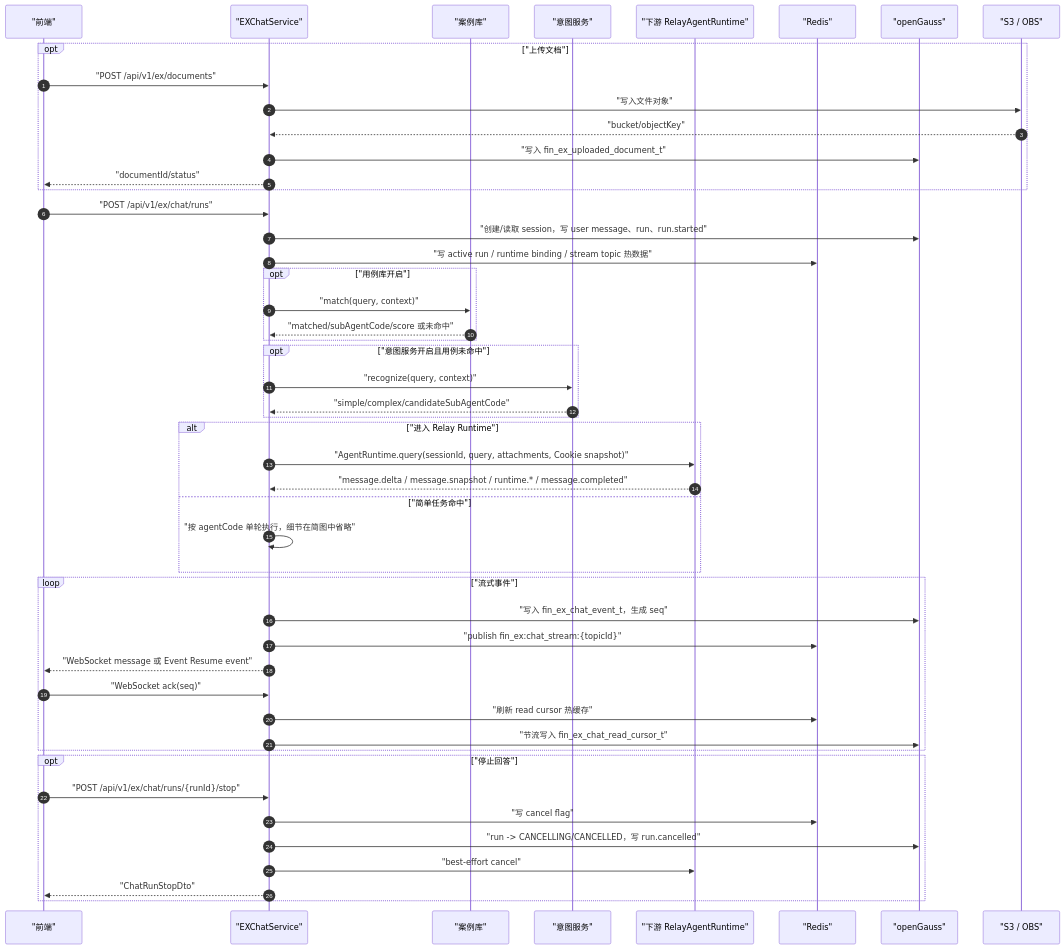
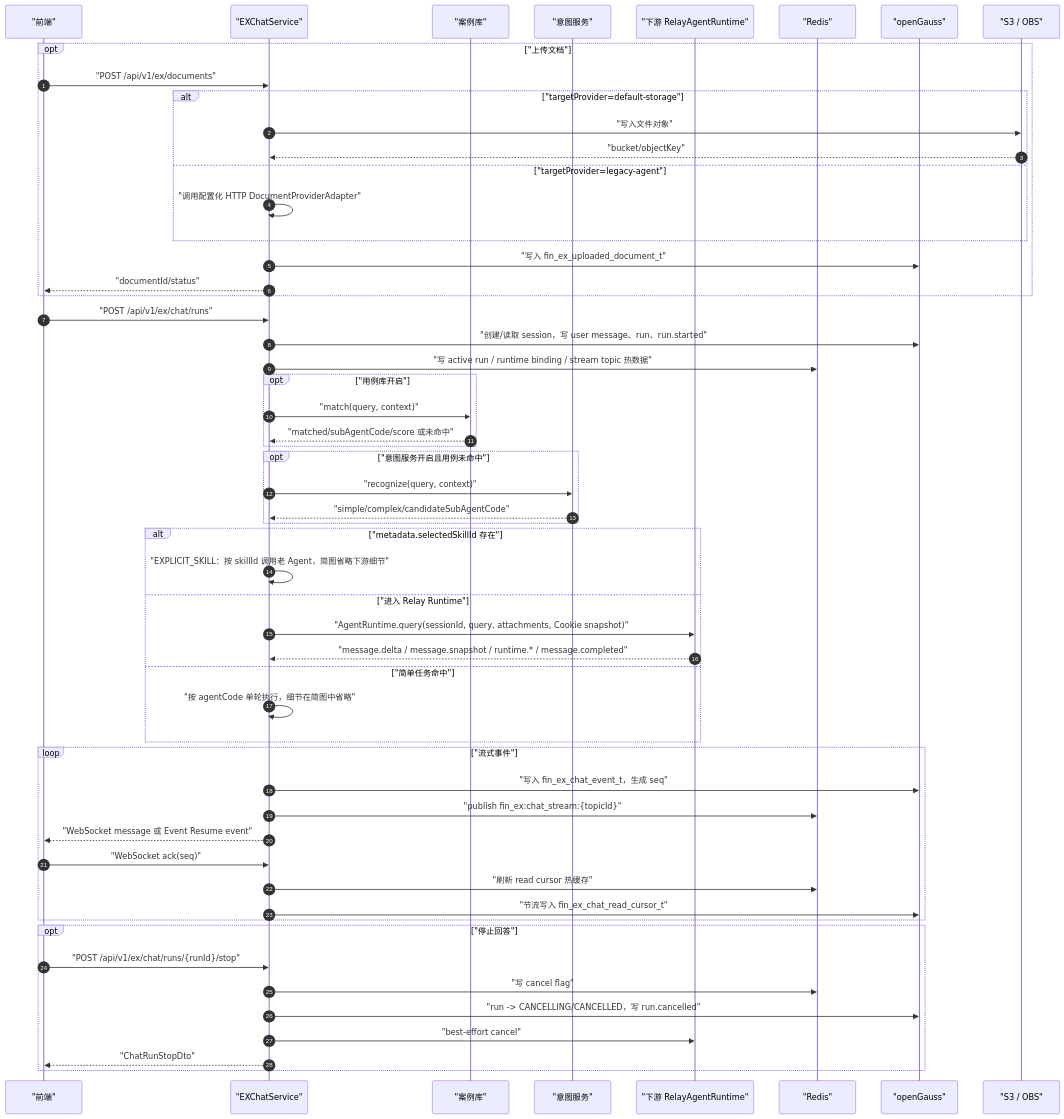
One commit to kunben-duck/exweb changed the third of 9 diagrams in docs/architecture/README.md. Above: the diagram before and after it, drawn with Mermaid. The commit also changed other lines of this file and 37 other files, not shown here.

Commit message:
feat: add legacy skill provider integration

````diff
--- a/docs/architecture/README.md
+++ b/docs/architecture/README.md
@@ -184,58 +194,64 @@
 ```mermaid
 sequenceDiagram
     autonumber
     participant Frontend as "前端"
     participant EX as "EXChatService"
     participant UseCase as "案例库"
     participant Intent as "意图服务"
     participant Relay as "下游 RelayAgentRuntime"
     participant Redis as "Redis"
     participant DB as "openGauss"
     participant S3 as "S3 / OBS"
 
     opt "上传文档"
         Frontend->>EX: "POST /api/v1/ex/documents"
-        EX->>S3: "写入文件对象"
-        S3-->>EX: "bucket/objectKey"
+        alt "targetProvider=default-storage"
+            EX->>S3: "写入文件对象"
+            S3-->>EX: "bucket/objectKey"
+        else "targetProvider=legacy-agent"
+            EX->>EX: "调用配置化 HTTP DocumentProviderAdapter"
+        end
         EX->>DB: "写入 fin_ex_uploaded_document_t"
         EX-->>Frontend: "documentId/status"
     end
 
     Frontend->>EX: "POST /api/v1/ex/chat/runs"
     EX->>DB: "创建/读取 session，写 user message、run、run.started"
     EX->>Redis: "写 active run / runtime binding / stream topic 热数据"
 
     opt "用例库开启"
         EX->>UseCase: "match(query, context)"
         UseCase-->>EX: "matched/subAgentCode/score 或未命中"
     end
 
     opt "意图服务开启且用例未命中"
         EX->>Intent: "recognize(query, context)"
         Intent-->>EX: "simple/complex/candidateSubAgentCode"
     end
 
-    alt "进入 Relay Runtime"
+    alt "metadata.selectedSkillId 存在"
+        EX->>EX: "EXPLICIT_SKILL：按 skillId 调用老 Agent，简图省略下游细节"
+    else "进入 Relay Runtime"
         EX->>Relay: "AgentRuntime.query(sessionId, query, attachments, Cookie snapshot)"
         Relay-->>EX: "message.delta / message.snapshot / runtime.* / message.completed"
     else "简单任务命中"
         EX->>EX: "按 agentCode 单轮执行，细节在简图中省略"
     end
 
     loop "流式事件"
         EX->>DB: "写入 fin_ex_chat_event_t，生成 seq"
         EX->>Redis: "publish fin_ex:chat_stream:{topicId}"
         EX-->>Frontend: "WebSocket message 或 Event Resume event"
         Frontend->>EX: "WebSocket ack(seq)"
         EX->>Redis: "刷新 read cursor 热缓存"
         EX->>DB: "节流写入 fin_ex_chat_read_cursor_t"
     end
 
     opt "停止回答"
         Frontend->>EX: "POST /api/v1/ex/chat/runs/{runId}/stop"
         EX->>Redis: "写 cancel flag"
         EX->>DB: "run -> CANCELLING/CANCELLED，写 run.cancelled"
         EX->>Relay: "best-effort cancel"
         EX-->>Frontend: "ChatRunStopDto"
     end
 ```
````
